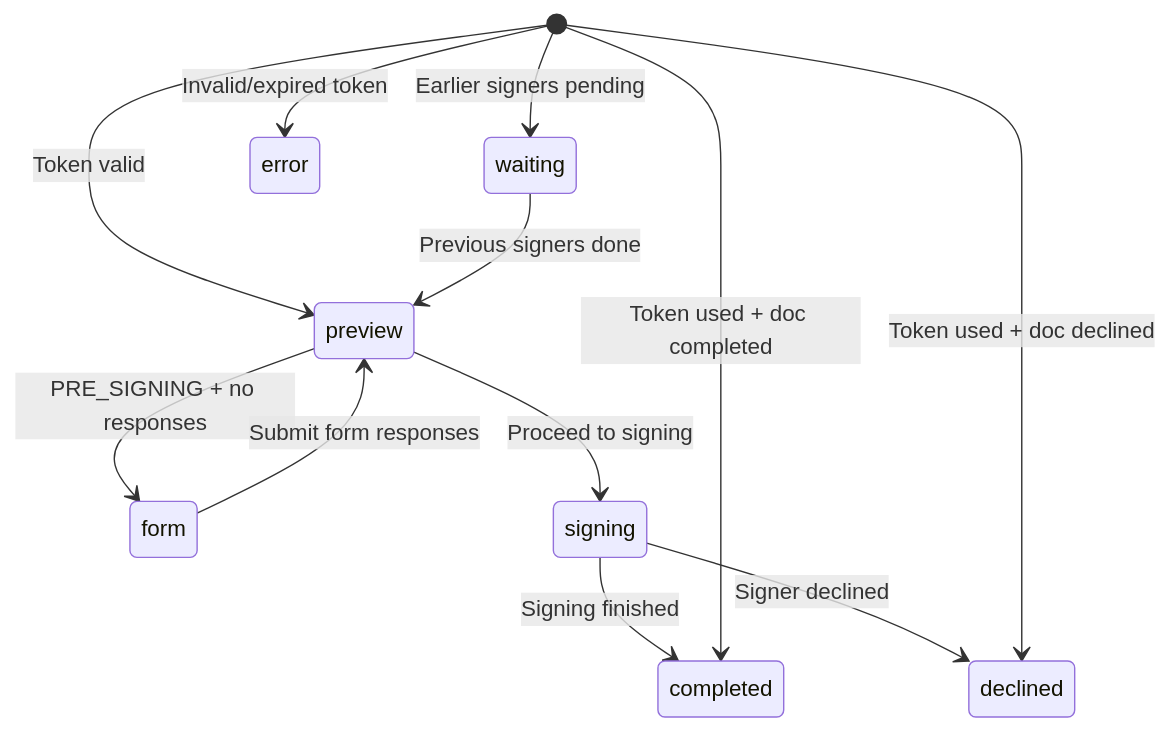
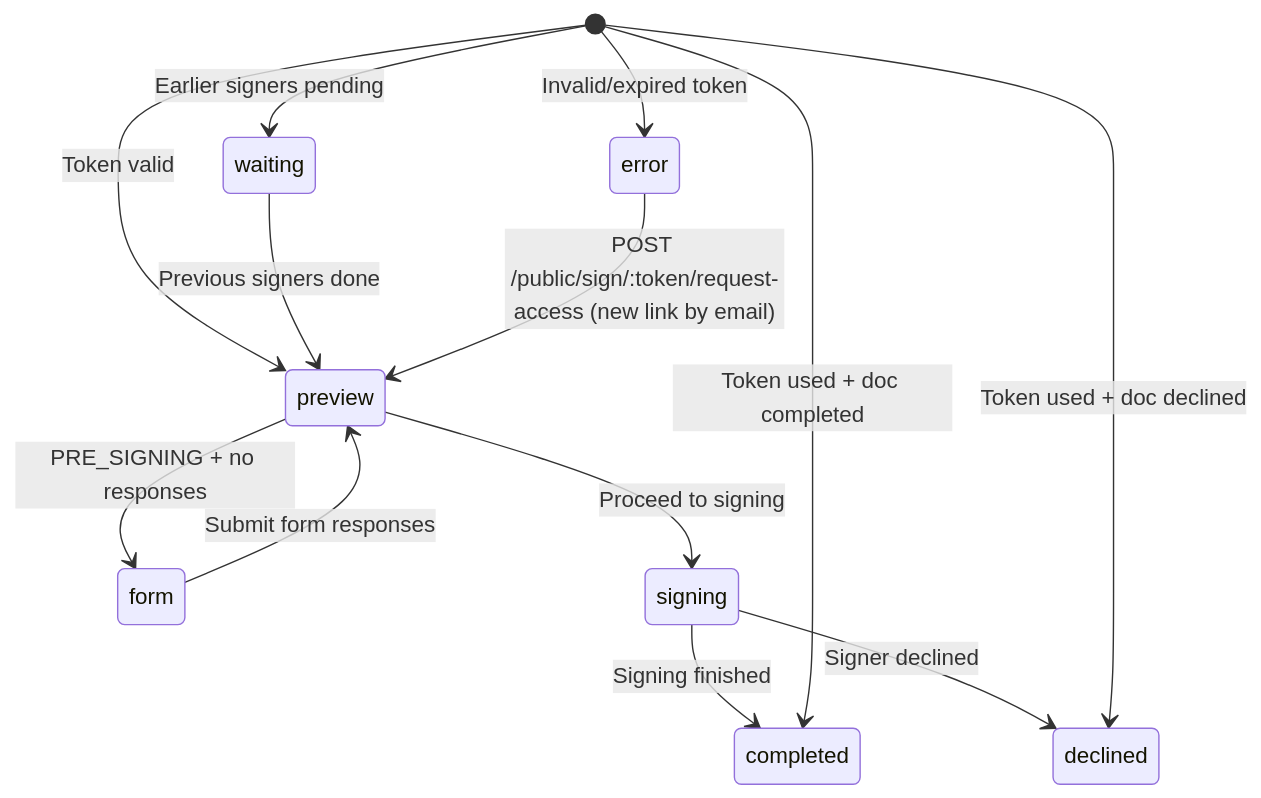
The sixth of 7 diagrams in core/docs/public-signing-flow.md (rendis/doc-assembly), drawn with Mermaid before and after one commit. The commit also changed other lines of this file and 58 other files, not shown here.

````diff
--- a/core/docs/public-signing-flow.md
+++ b/core/docs/public-signing-flow.md
@@ -273,16 +282,18 @@
 ```mermaid
 stateDiagram-v2
     [*] --> preview: Token valid
     preview --> form: PRE_SIGNING + no responses
     form --> preview: Submit form responses
     preview --> signing: Proceed to signing
     signing --> completed: Signing finished
     signing --> declined: Signer declined
 
     [*] --> waiting: Earlier signers pending
     waiting --> preview: Previous signers done
 
     [*] --> completed: Token used + doc completed
     [*] --> declined: Token used + doc declined
     [*] --> error: Invalid/expired token
+
+    error --> preview: POST /public/sign/:token/request-access (new link by email)
 ```
````
